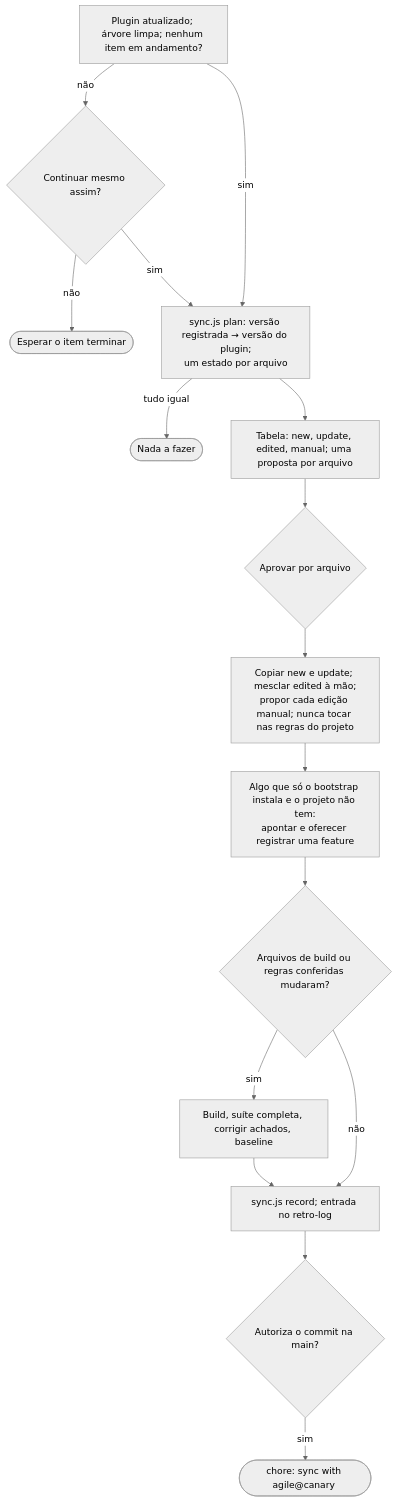
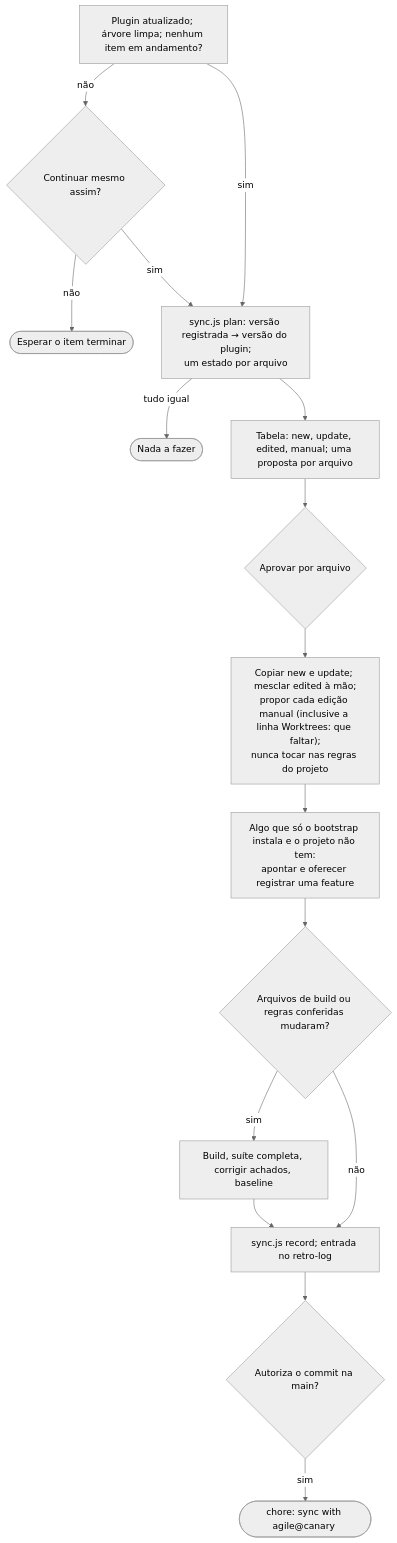
One commit to alexcanario/simulab changed diagram 16 of 18 in docs/agile/workflow.pt-BR.md. Above: the diagram before and after it, drawn with Mermaid (neutral theme). The commit also changed other lines of this file and 7 other files, not shown here.

````diff
--- a/docs/agile/workflow.pt-BR.md
+++ b/docs/agile/workflow.pt-BR.md
@@ -1380,18 +1413,18 @@
 ```mermaid
 flowchart TD
     A["Plugin atualizado; árvore limpa; nenhum item em andamento?"] -->|não| A1{"Continuar mesmo assim?"}
     A1 -->|não| A2(["Esperar o item terminar"])
     A -->|sim| B["sync.js plan: versão registrada → versão do plugin;<br/>um estado por arquivo"]
     A1 -->|sim| B
     B -->|tudo igual| B1(["Nada a fazer"])
     B --> C["Tabela: new, update, edited, manual; uma proposta por arquivo"]
     C --> D{"Aprovar por arquivo"}
-    D --> E["Copiar new e update; mesclar edited à mão;<br/>propor cada edição manual; nunca tocar nas regras do projeto"]
+    D --> E["Copiar new e update; mesclar edited à mão;<br/>propor cada edição manual (inclusive a linha Worktrees: que faltar);<br/>nunca tocar nas regras do projeto"]
     E --> E2["Algo que só o bootstrap instala e o projeto não tem:<br/>apontar e oferecer registrar uma feature"]
     E2 --> F{"Arquivos de build ou regras conferidas mudaram?"}
     F -->|sim| G["Build, suíte completa, corrigir achados, baseline"]
     F -->|não| H
     G --> H["sync.js record; entrada no retro-log"]
     H --> I{"Autoriza o commit na main?"}
     I -->|sim| J(["chore: sync with agile@canary <versão>"])
 ```
````
